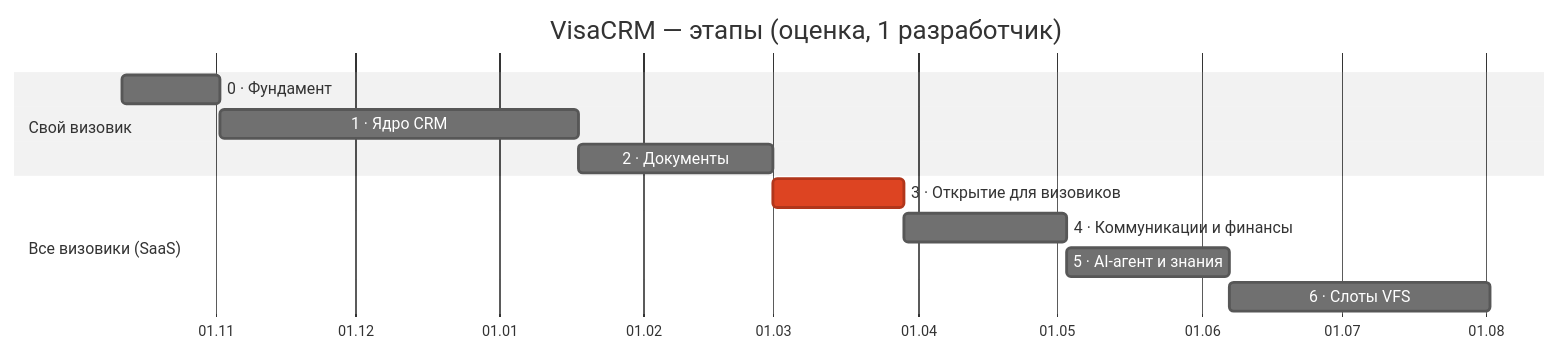
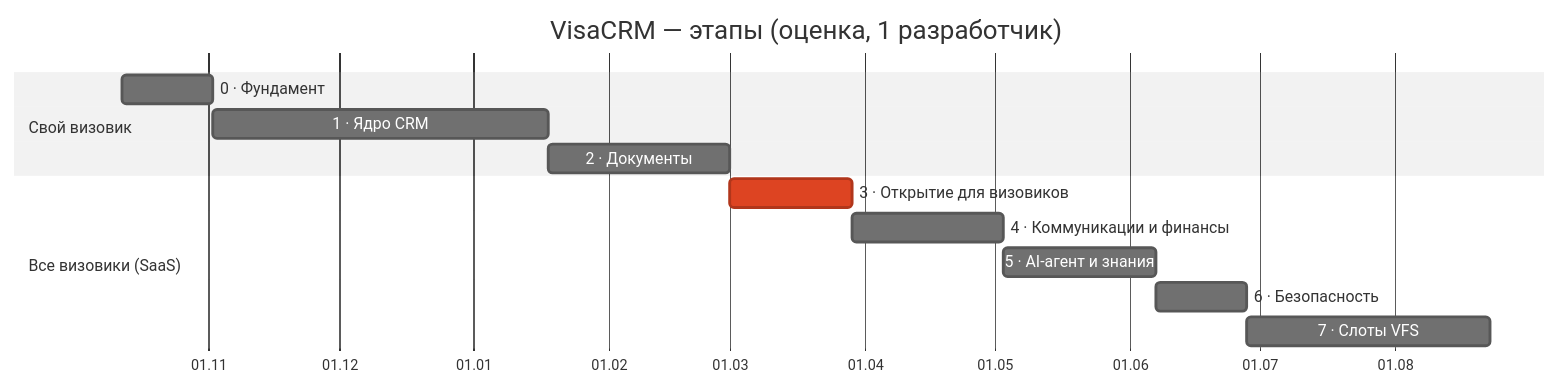
One commit to SvamiBog/visa_crm changed the first of 2 diagrams in docs/roadmap.md. Above: the diagram before and after it, drawn with Mermaid (neutral theme). The commit also changed other lines of this file and 4 other files, not shown here.

````diff
--- a/docs/roadmap.md
+++ b/docs/roadmap.md
@@ -25,15 +26,16 @@
 ```mermaid
 gantt
   title VisaCRM — этапы (оценка, 1 разработчик)
   dateFormat YYYY-MM-DD
   axisFormat %d.%m
   section Свой визовик
   0 · Фундамент              :s0, 2026-10-12, 21d
   1 · Ядро CRM               :s1, after s0, 77d
   2 · Документы              :s2, after s1, 42d
   section Все визовики (SaaS)
   3 · Открытие для визовиков :crit, s3, after s2, 28d
   4 · Коммуникации и финансы :s4, after s3, 35d
   5 · AI-агент и знания      :s5, after s4, 35d
-  6 · Слоты VFS              :s6, after s5, 56d
+  6 · Безопасность           :s6, after s5, 21d
+  7 · Слоты VFS              :s7, after s6, 56d
 ```
````
